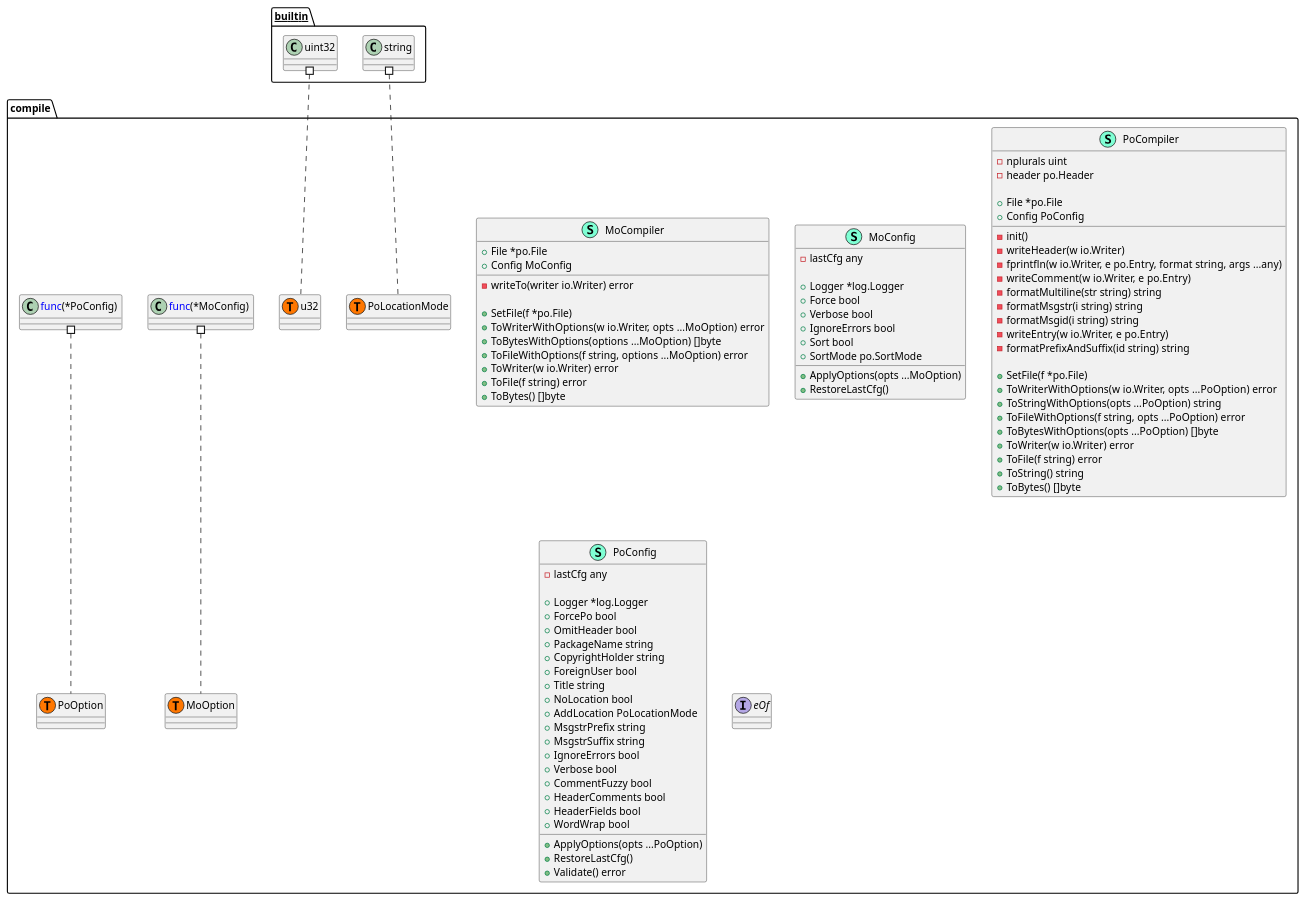
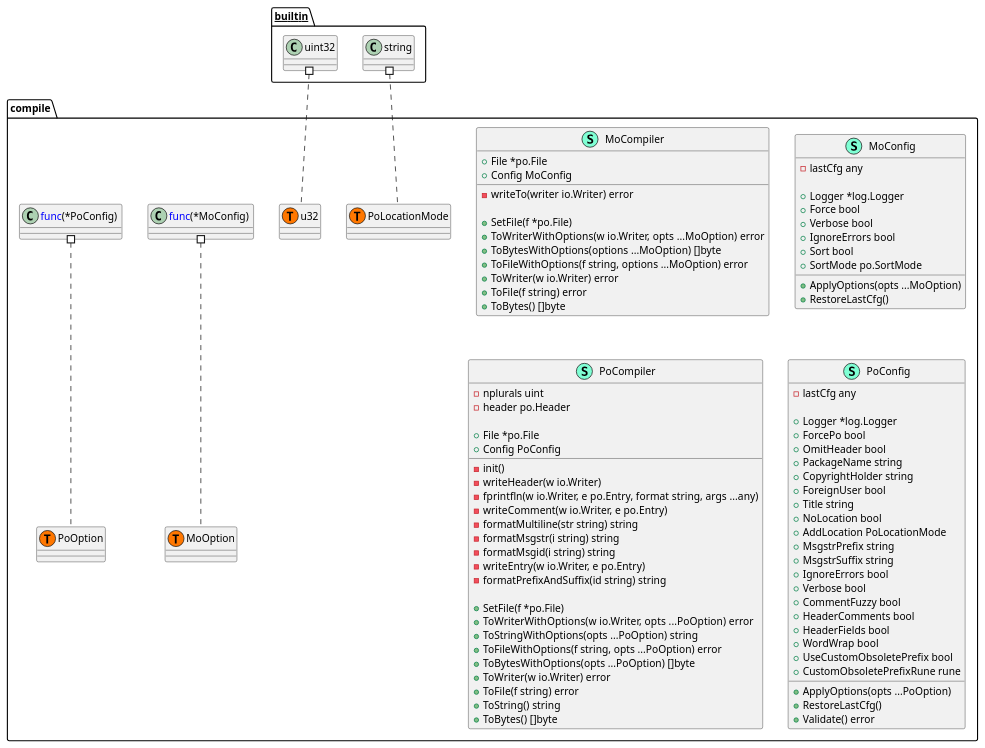
The diagram in pkg/po/compile/structure.puml (Tom5521/gotext-tools), drawn with PlantUML before and after one commit. The commit also changed 8 other files, not shown here.

```diff
--- a/pkg/po/compile/structure.puml
+++ b/pkg/po/compile/structure.puml
@@ -1,103 +1,103 @@
 @startuml
 namespace compile {
     class MoCompiler << (S,Aquamarine) >> {
         + File *po.File
         + Config MoConfig
 
         - writeTo(writer io.Writer) error
 
         + SetFile(f *po.File) 
         + ToWriterWithOptions(w io.Writer, opts ...MoOption) error
         + ToBytesWithOptions(options ...MoOption) []byte
         + ToFileWithOptions(f string, options ...MoOption) error
         + ToWriter(w io.Writer) error
         + ToFile(f string) error
         + ToBytes() []byte
 
     }
     class MoConfig << (S,Aquamarine) >> {
         - lastCfg any
 
         + Logger *log.Logger
         + Force bool
         + Verbose bool
         + IgnoreErrors bool
         + Sort bool
         + SortMode po.SortMode
 
         + ApplyOptions(opts ...MoOption) 
         + RestoreLastCfg() 
 
     }
     class PoCompiler << (S,Aquamarine) >> {
         - nplurals uint
         - header po.Header
 
         + File *po.File
         + Config PoConfig
 
         - init() 
         - writeHeader(w io.Writer) 
         - fprintfln(w io.Writer, e po.Entry, format string, args ...any) 
         - writeComment(w io.Writer, e po.Entry) 
         - formatMultiline(str string) string
         - formatMsgstr(i string) string
         - formatMsgid(i string) string
         - writeEntry(w io.Writer, e po.Entry) 
         - formatPrefixAndSuffix(id string) string
 
         + SetFile(f *po.File) 
         + ToWriterWithOptions(w io.Writer, opts ...PoOption) error
         + ToStringWithOptions(opts ...PoOption) string
         + ToFileWithOptions(f string, opts ...PoOption) error
         + ToBytesWithOptions(opts ...PoOption) []byte
         + ToWriter(w io.Writer) error
         + ToFile(f string) error
         + ToString() string
         + ToBytes() []byte
 
     }
     class PoConfig << (S,Aquamarine) >> {
         - lastCfg any
 
         + Logger *log.Logger
         + ForcePo bool
         + OmitHeader bool
         + PackageName string
         + CopyrightHolder string
         + ForeignUser bool
         + Title string
         + NoLocation bool
         + AddLocation PoLocationMode
         + MsgstrPrefix string
         + MsgstrSuffix string
         + IgnoreErrors bool
         + Verbose bool
         + CommentFuzzy bool
         + HeaderComments bool
         + HeaderFields bool
         + WordWrap bool
+        + UseCustomObsoletePrefix bool
+        + CustomObsoletePrefixRune rune
 
         + ApplyOptions(opts ...PoOption) 
         + RestoreLastCfg() 
         + Validate() error
 
     }
     class compile.MoOption << (T, #FF7700) >>  {
     }
     class compile.PoLocationMode << (T, #FF7700) >>  {
     }
     class compile.PoOption << (T, #FF7700) >>  {
     }
     class compile.u32 << (T, #FF7700) >>  {
     }
-    interface eOf  {
-    }
 }
 
 
 "__builtin__.string" #.. "compile.PoLocationMode"
 "__builtin__.uint32" #.. "compile.u32"
 "compile.<font color=blue>func</font>(*MoConfig) " #.. "compile.MoOption"
 "compile.<font color=blue>func</font>(*PoConfig) " #.. "compile.PoOption"
 @enduml
```
